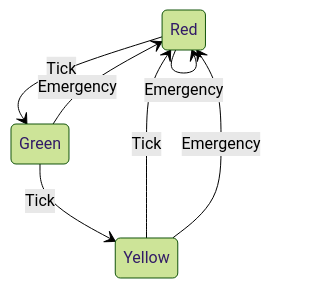
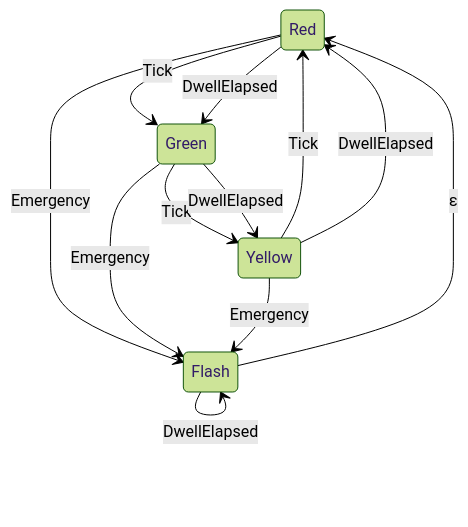
The first of 4 diagrams in export.md (twofares/fsm-patterns), drawn with Mermaid (forest theme) before and after one commit. The commit also changed other lines of this file and 3 other files, not shown here.

````diff
--- a/export.md
+++ b/export.md
@@ -20,13 +27,21 @@
 ```mermaid
 stateDiagram-v2
   %% TrafficLight (flat product edges)
   Red
   Green
+  Flash
   Yellow
   Red --> Green : Tick
-  Red --> Red : Emergency
+  Red --> Flash : Emergency
+  Red --> Green : DwellElapsed
   Green --> Yellow : Tick
-  Green --> Red : Emergency
+  Green --> Flash : Emergency
+  Green --> Yellow : DwellElapsed
   Yellow --> Red : Tick
-  Yellow --> Red : Emergency
+  Yellow --> Flash : Emergency
+  Yellow --> Red : DwellElapsed
+  Flash --> Flash : Tick
+  Flash --> Flash : Emergency
+  Flash --> Flash : DwellElapsed
+  Flash --> Red : ε
 ```
````
